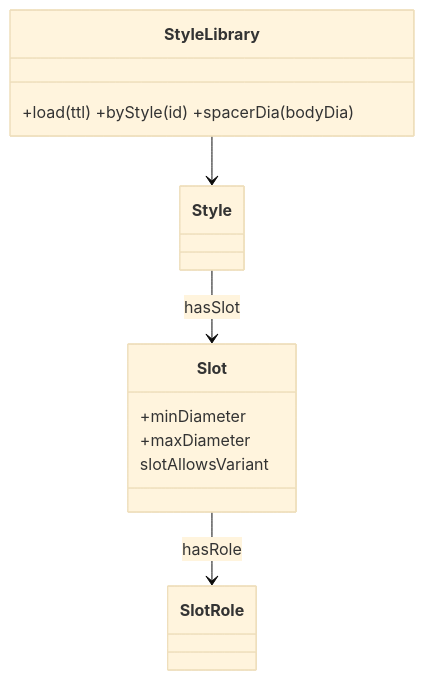
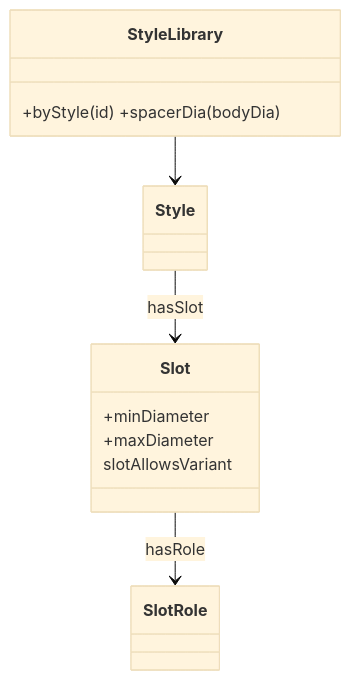
The second of 4 diagrams in atoms/bazidiy.kb.style_library.atom.md (ZiFan1117/bazidiy), drawn with Mermaid (base theme) before and after one commit. The commit also changed other lines of this file and 14 other files, not shown here.

````diff
--- a/atoms/bazidiy.kb.style_library.atom.md
+++ b/atoms/bazidiy.kb.style_library.atom.md
@@ -37,13 +37,13 @@
 ```mermaid
 classDiagram
 class Style
 class Slot
 class SlotRole
-class StyleLibrary { +load(ttl) +byStyle(id) +spacerDia(bodyDia) }
+class StyleLibrary { +byStyle(id) +spacerDia(bodyDia) }
 Slot : +minDiameter
 Slot : +maxDiameter
 Style --> Slot : hasSlot
 Slot --> SlotRole : hasRole
 StyleLibrary --> Style
 Slot : slotAllowsVariant
 ```
````
